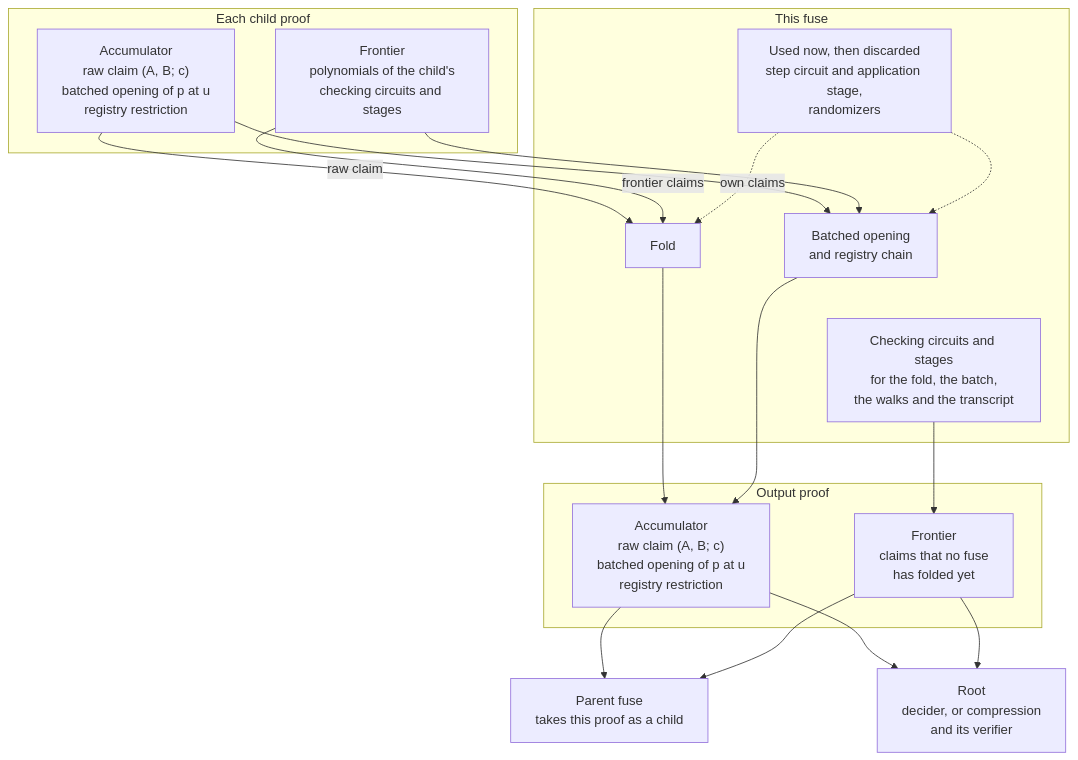
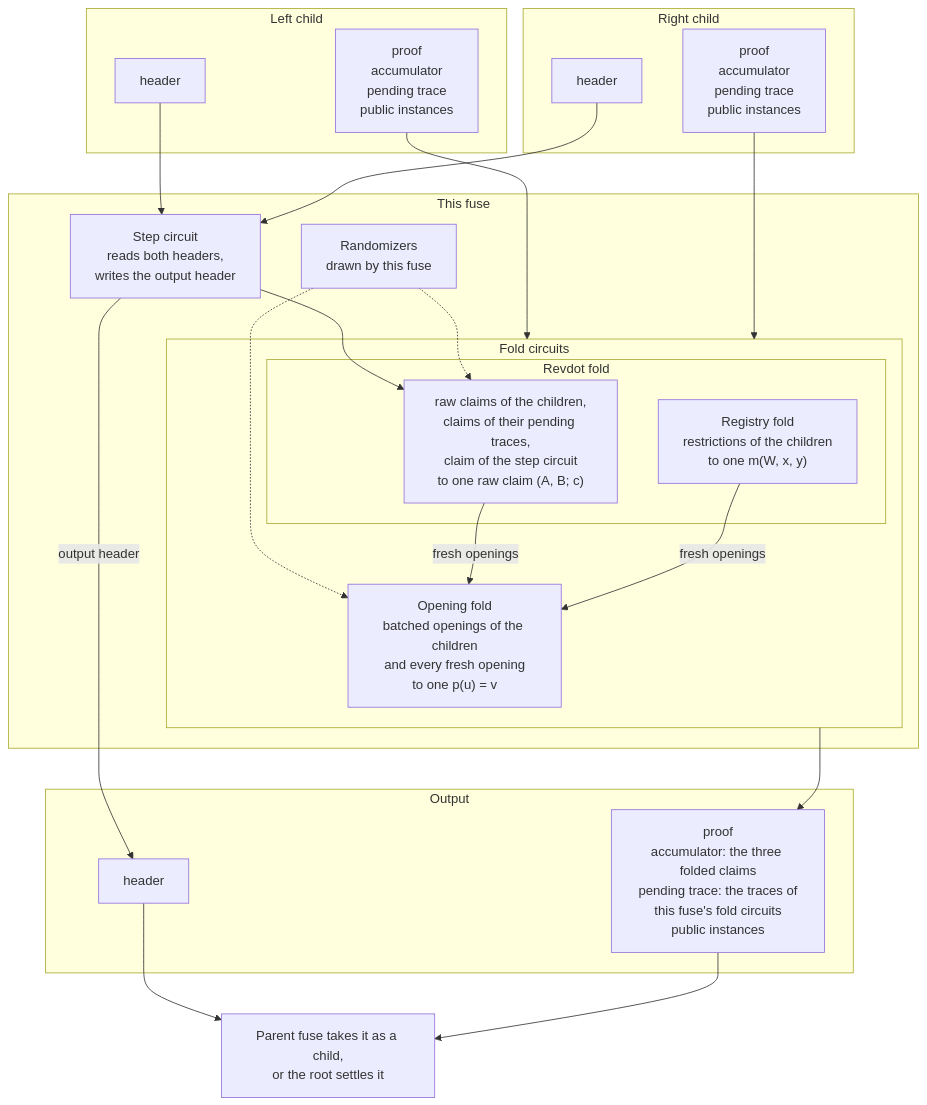
The diagram in book/src/protocol/construction/index.md (tachyon-zcash/ragu), drawn with Mermaid before and after one commit. The commit also changed other lines of this file and 13 other files, not shown here.

First line of the commit message:
book: redraw the construction overview around the folds of a fuse

````diff
--- a/book/src/protocol/construction/index.md
+++ b/book/src/protocol/construction/index.md
@@ -78,35 +52,44 @@
 ```mermaid
 flowchart TB
-    accTitle: What crosses a fuse
-    accDescr: Each child proof brings an accumulator and a frontier. The fuse folds the children's raw claims, the claims of the children's frontiers, the claims of its own step and its randomizer claims into a new raw claim, and batches the openings into a new batched opening with a new registry restriction. The polynomials of the step and of the randomizers are discarded. The circuits that check the fold and the batch are not checked by this fuse, and their polynomials are the frontier of the output proof. A parent fuse consumes the output proof in the same way, and the decider or compression discharges it at the root.
-    subgraph CH["Each child proof"]
-        CA["Accumulator<br/>raw claim (A, B; c)<br/>batched opening of p at u<br/>registry restriction"]
-        CF["Frontier<br/>polynomials of the child's<br/>checking circuits and stages"]
+    accTitle: One fuse, with its two children and its output
+    accDescr: Each child is a header and a proof, and a proof holds an accumulator, a pending trace and public instances. The two headers enter the step circuit, which writes the output header. The two proofs enter the fold circuits. Inside the fold circuits, the revdot fold takes the raw claims of the children, the claims of the children's pending traces and the claim of the step circuit, and leaves one raw claim. The registry fold sits inside the revdot fold, takes the children's registry restrictions and leaves one. The opening fold takes the children's batched openings and the fresh openings that the other two folds produce, and leaves one batched opening. The fuse draws randomizers that enter the revdot fold and the opening fold. The output is a header and a proof with a new accumulator, and the traces of this fuse's fold circuits are its pending trace. A parent fuse takes the output as a child, or the root settles it.
+    subgraph LC["Left child"]
+        LP["proof<br/>accumulator<br/>pending trace<br/>public instances"]
+        LH["header"]
+    end
+    subgraph RC["Right child"]
+        RH["header"]
+        RP["proof<br/>accumulator<br/>pending trace<br/>public instances"]
     end
     subgraph FU["This fuse"]
-        OWN["Used now, then discarded<br/>step circuit and application stage,<br/>randomizers"]
-        FO["Fold"]
-        BA["Batched opening<br/>and registry chain"]
-        CK["Checking circuits and stages<br/>for the fold, the batch,<br/>the walks and the transcript"]
+        ST["Step circuit<br/>reads both headers,<br/>writes the output header"]
+        RZ["Randomizers<br/>drawn by this fuse"]
+        subgraph FC["Fold circuits"]
+            subgraph RV["Revdot fold"]
+                RVT["raw claims of the children,<br/>claims of their pending traces,<br/>claim of the step circuit<br/>to one raw claim (A, B; c)"]
+                RG["Registry fold<br/>restrictions of the children<br/>to one m(W, x, y)"]
+            end
+            PC["Opening fold<br/>batched openings of the children<br/>and every fresh opening<br/>to one p(u) = v"]
+        end
     end
-    subgraph OUT["Output proof"]
-        OA["Accumulator<br/>raw claim (A, B; c)<br/>batched opening of p at u<br/>registry restriction"]
-        OF["Frontier<br/>claims that no fuse<br/>has folded yet"]
+    subgraph OUT["Output"]
+        OH["header"]
+        OP["proof<br/>accumulator: the three folded claims<br/>pending trace: the traces of<br/>this fuse's fold circuits<br/>public instances"]
     end
-    PA["Parent fuse<br/>takes this proof as a child"]
-    RT["Root<br/>decider, or compression<br/>and its verifier"]
-    CA -->|"raw claim"| FO
-    CF -->|"frontier claims"| FO
-    OWN -.->|"own claims"| FO
-    CA --> BA
-    CF --> BA
-    OWN -.-> BA
-    FO --> OA
-    BA --> OA
-    BA ~~~ CK
-    CK --> OF
-    OA --> PA
-    OF --> PA
-    OA --> RT
-    OF --> RT
+    NX["Parent fuse takes it as a child,<br/>or the root settles it"]
+    LH --> ST
+    RH --> ST
+    LP --> FC
+    RP --> FC
+    ST --> RVT
+    RZ -.-> RVT
+    RZ -.-> PC
+    RVT -->|"fresh openings"| PC
+    RG -->|"fresh openings"| PC
+    ST -->|"output header"| OH
+    FC --> OP
+    PC ~~~ OP
+    PC ~~~ OH
+    OH --> NX
+    OP --> NX
 ```
````
